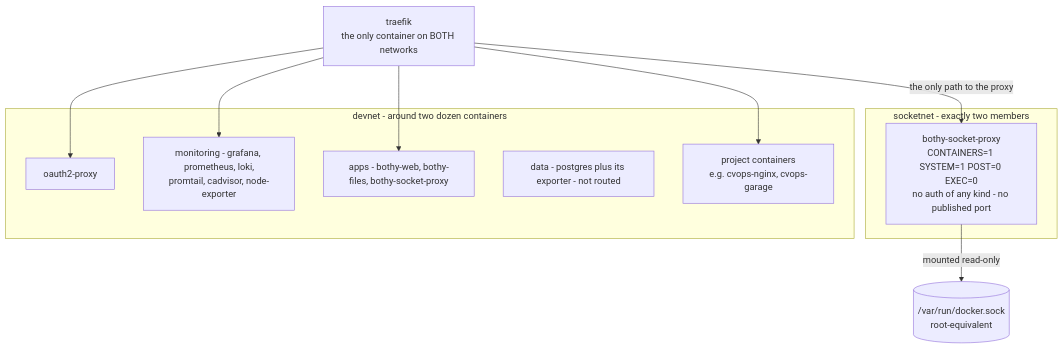
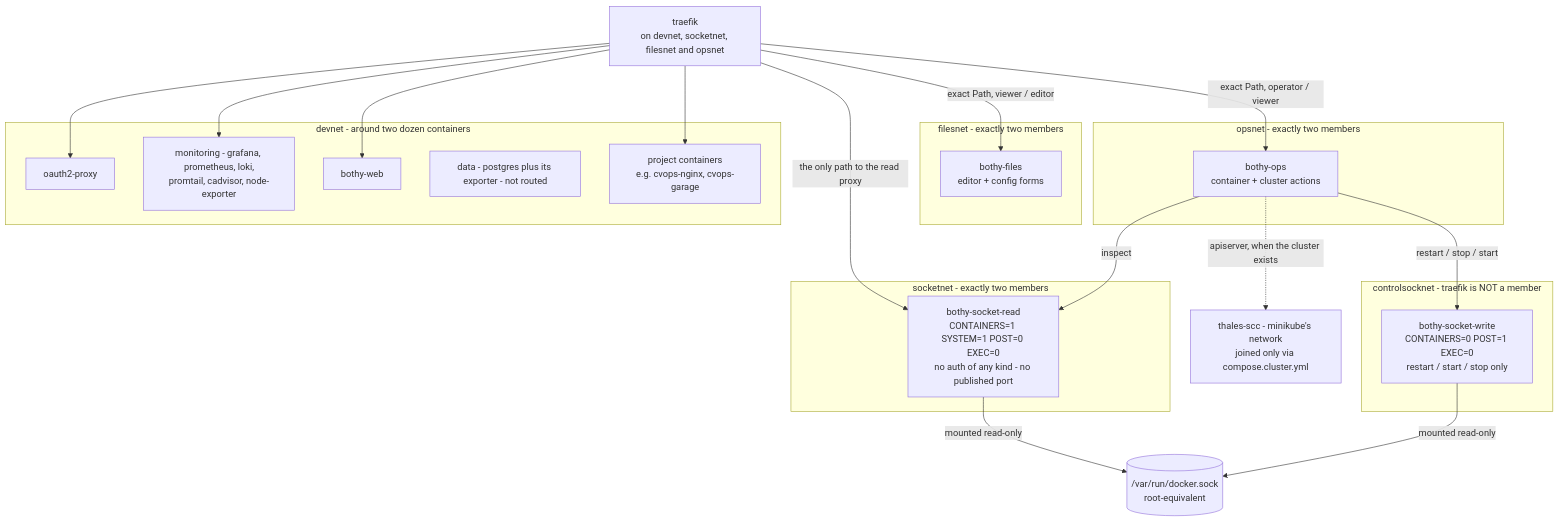
One commit to YehudaBriskman/Bothy changed the diagram in docs/diagrams/networks.mmd. Above: the diagram before and after it, drawn with Mermaid. The commit also changed 18 other files, not shown here.

First line of the commit message:
docs: SECURITY, ARCHITECTURE, guide, README and diagrams describe five containers

```diff
--- a/docs/diagrams/networks.mmd
+++ b/docs/diagrams/networks.mmd
@@ -1,23 +1,42 @@
 flowchart TB
     SOCKET[("/var/run/docker.sock<br/>root-equivalent")]
 
     subgraph s_socketnet["socketnet - exactly two members"]
-        PROXY["bothy-socket-proxy<br/>CONTAINERS=1 SYSTEM=1 POST=0 EXEC=0<br/>no auth of any kind - no published port"]
+        READ["bothy-socket-read<br/>CONTAINERS=1 SYSTEM=1 POST=0 EXEC=0<br/>no auth of any kind - no published port"]
+    end
+
+    subgraph s_filesnet["filesnet - exactly two members"]
+        FILES["bothy-files<br/>editor + config forms"]
+    end
+
+    subgraph s_opsnet["opsnet - exactly two members"]
+        OPS["bothy-ops<br/>container + cluster actions"]
+    end
+
+    subgraph s_ctlsock["controlsocknet - traefik is NOT a member"]
+        WRITE["bothy-socket-write<br/>CONTAINERS=0 POST=1 EXEC=0<br/>restart / start / stop only"]
     end
 
     subgraph s_devnet["devnet - around two dozen containers"]
         OAUTH["oauth2-proxy"]
         OBS["monitoring - grafana, prometheus, loki,<br/>promtail, cadvisor, node-exporter"]
-        APPSG["apps - bothy-web, bothy-files, bothy-socket-proxy"]
+        APPSG["bothy-web"]
         DATAG["data - postgres plus its exporter - not routed"]
         PROJ["project containers<br/>e.g. cvops-nginx, cvops-garage"]
     end
 
-    TRAEFIK["traefik<br/>the only container on BOTH networks"]
+    TRAEFIK["traefik<br/>on devnet, socketnet, filesnet and opsnet"]
+    K8S["thales-scc - minikube's network<br/>joined only via compose.cluster.yml"]
 
     TRAEFIK --> OAUTH
     TRAEFIK --> OBS
     TRAEFIK --> APPSG
     TRAEFIK --> PROJ
-    TRAEFIK -->|"the only path to the proxy"| PROXY
-    PROXY -->|"mounted read-only"| SOCKET
+    TRAEFIK -->|"the only path to the read proxy"| READ
+    TRAEFIK -->|"exact Path, viewer / editor"| FILES
+    TRAEFIK -->|"exact Path, operator / viewer"| OPS
+    OPS -->|"inspect"| READ
+    OPS -->|"restart / stop / start"| WRITE
+    OPS -.->|"apiserver, when the cluster exists"| K8S
+    READ -->|"mounted read-only"| SOCKET
+    WRITE -->|"mounted read-only"| SOCKET
```
